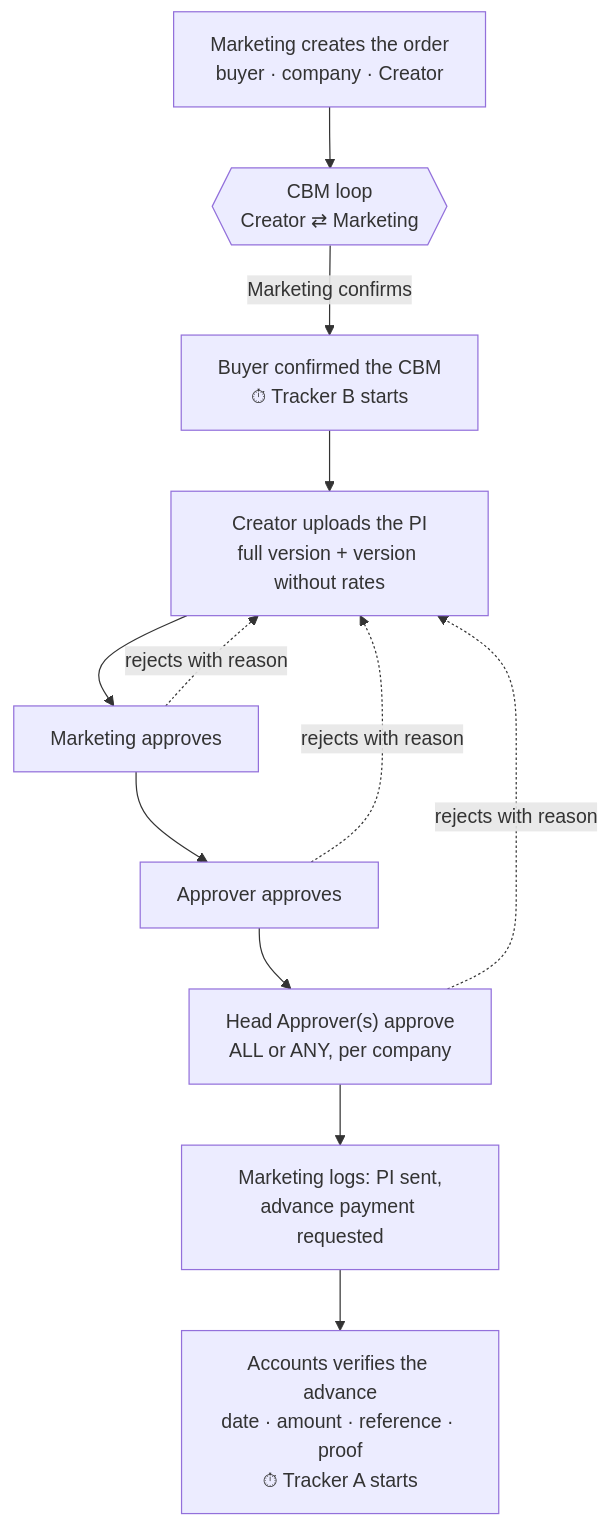
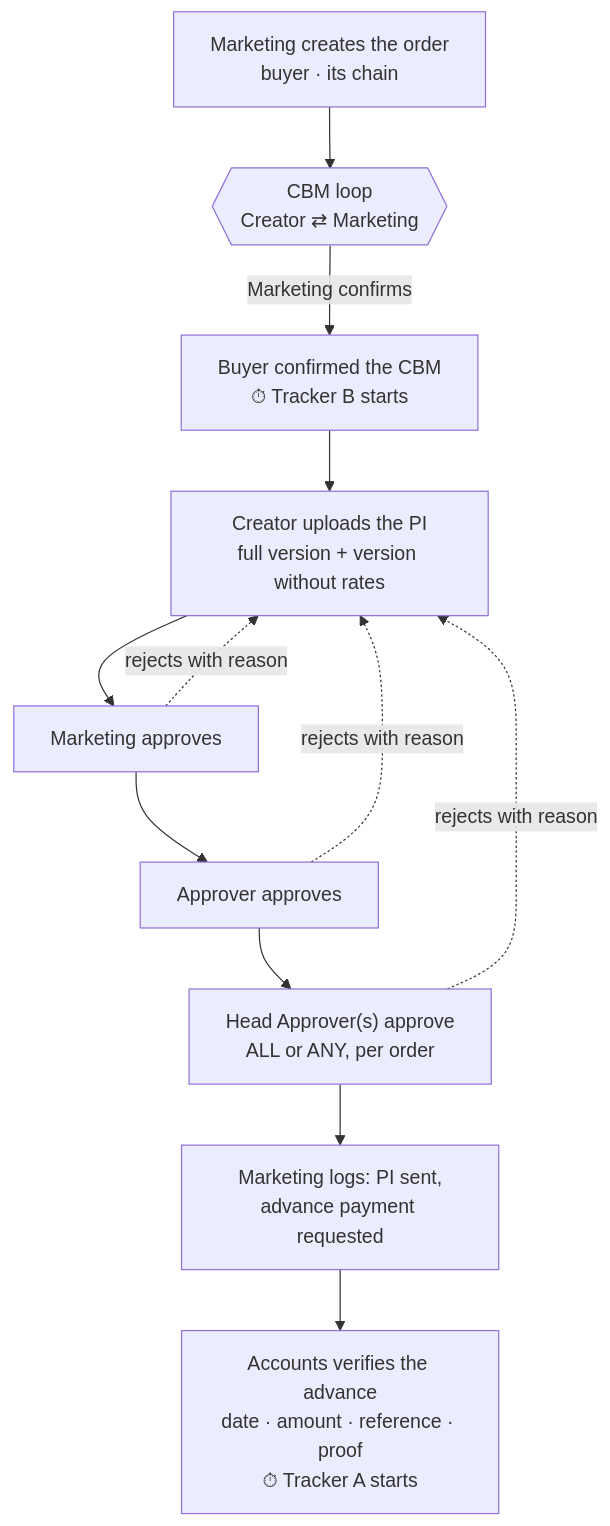
Before and after one commit to Zardian18/docflow: the first of 3 diagrams in docs/v2-workflow.md, drawn with Mermaid. The commit also changed other lines of this file and 6 other files, not shown here.

````diff
--- a/docs/v2-workflow.md
+++ b/docs/v2-workflow.md
@@ -22,14 +22,14 @@
 ```mermaid
 flowchart TB
-  A["Marketing creates the order<br/>buyer · company · Creator"] --> B{{"CBM loop<br/>Creator ⇄ Marketing"}}
+  A["Marketing creates the order<br/>buyer · its chain"] --> B{{"CBM loop<br/>Creator ⇄ Marketing"}}
   B -->|Marketing confirms| C["Buyer confirmed the CBM<br/>⏱ Tracker B starts"]
   C --> D["Creator uploads the PI<br/>full version + version without rates"]
   D --> E["Marketing approves"]
   E --> F["Approver approves"]
-  F --> G["Head Approver(s) approve<br/>ALL or ANY, per company"]
+  F --> G["Head Approver(s) approve<br/>ALL or ANY, per order"]
   E -.->|rejects with reason| D
   F -.->|rejects with reason| D
   G -.->|rejects with reason| D
   G --> H["Marketing logs: PI sent,<br/>advance payment requested"]
   H --> I["Accounts verifies the advance<br/>date · amount · reference · proof<br/>⏱ Tracker A starts"]
 ```
````
